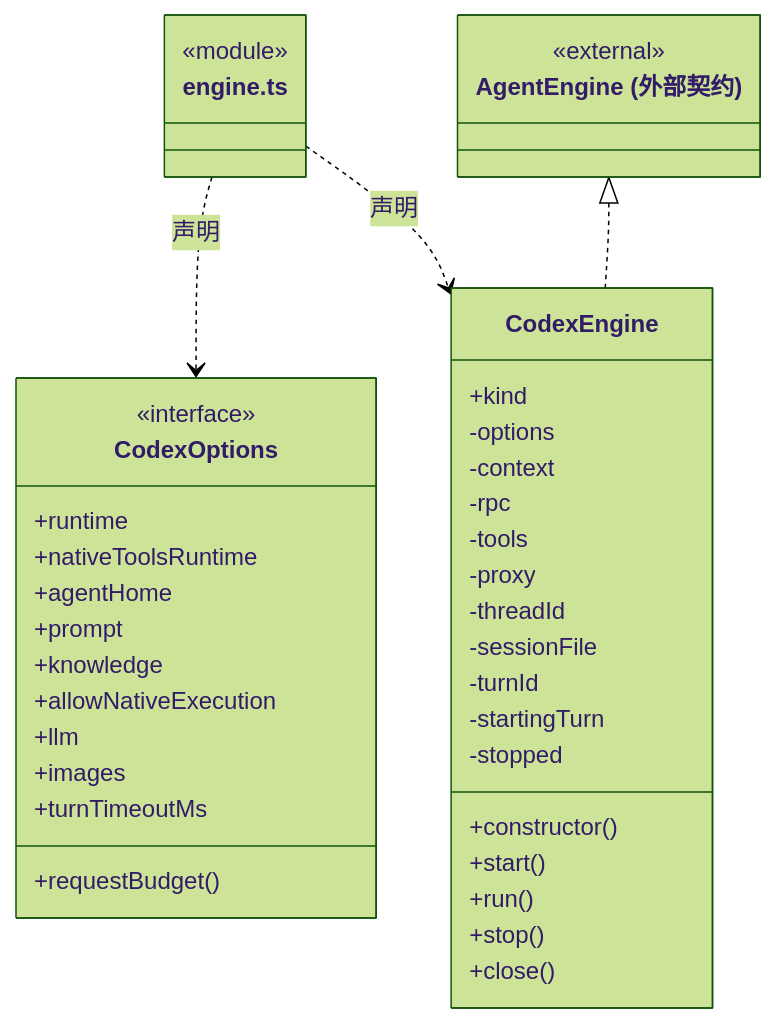
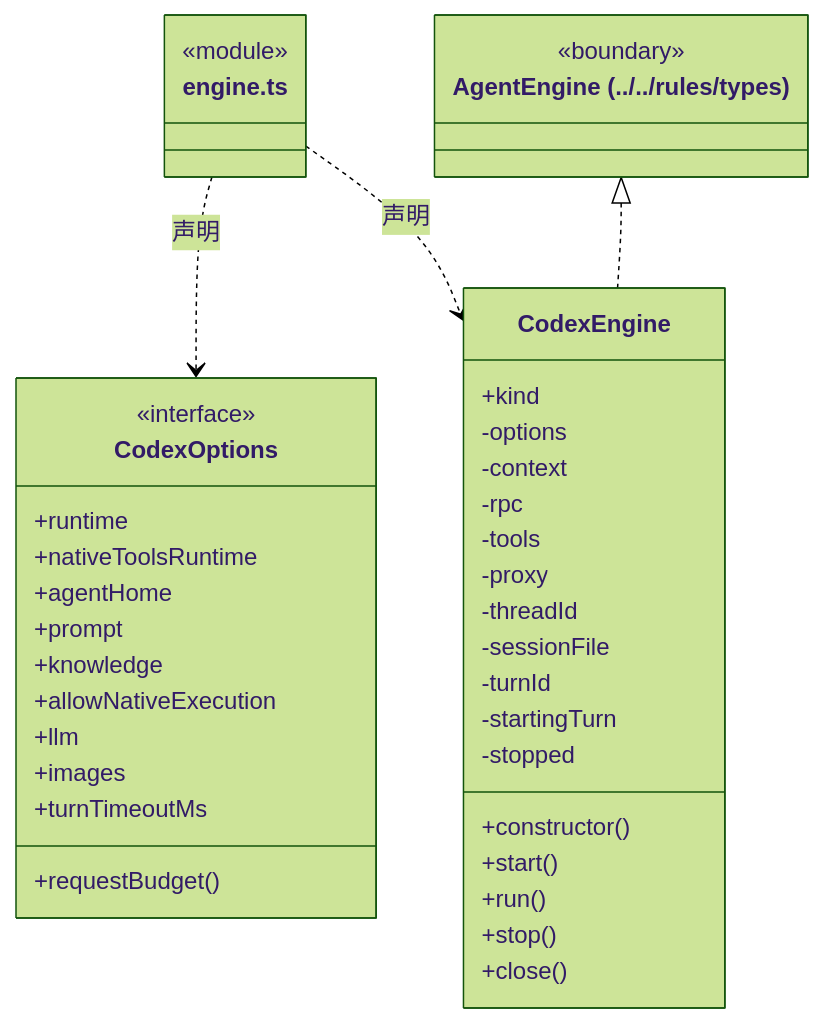
One commit to nan023062/cbim changed the third of 13 diagrams in src/logic/execution/engines/codex/ARCHITECTURE.md. Above: the diagram before and after it, drawn with Mermaid (forest theme). The commit also changed other lines of this file and 112 other files, not shown here.

Commit message:
docs: align source architecture with current declarations and contracts

````diff
--- a/src/logic/execution/engines/codex/ARCHITECTURE.md
+++ b/src/logic/execution/engines/codex/ARCHITECTURE.md
@@ -171,43 +171,43 @@
 ```mermaid
 classDiagram
 class N_src_logic_execution_engines_codex_engine_ts["engine.ts"] {
   <<module>>
 }
 class N_src_logic_execution_engines_codex_engine_ts_CodexOptions["CodexOptions"] {
   <<interface>>
   +runtime
   +nativeToolsRuntime
   +agentHome
   +prompt
   +knowledge
   +allowNativeExecution
   +llm
   +images
   +turnTimeoutMs
   +requestBudget()
 }
 N_src_logic_execution_engines_codex_engine_ts ..> N_src_logic_execution_engines_codex_engine_ts_CodexOptions : 声明
 class N_src_logic_execution_engines_codex_engine_ts_CodexEngine["CodexEngine"] {
   +kind
   +constructor()
   +start()
   +run()
   +stop()
   +close()
   -options
   -context
   -rpc
   -tools
   -proxy
   -threadId
   -sessionFile
   -turnId
   -startingTurn
   -stopped
 }
 N_src_logic_execution_engines_codex_engine_ts ..> N_src_logic_execution_engines_codex_engine_ts_CodexEngine : 声明
-class N_src_logic_execution_engines_codex_engine_ts_external_AgentEngine["AgentEngine (外部契约)"] {
-  <<external>>
+class N_src_logic_execution_engines_codex_engine_ts_external_AgentEngine["AgentEngine (../../rules/types)"] {
+  <<boundary>>
 }
 N_src_logic_execution_engines_codex_engine_ts_external_AgentEngine <|.. N_src_logic_execution_engines_codex_engine_ts_CodexEngine
 ```
````
